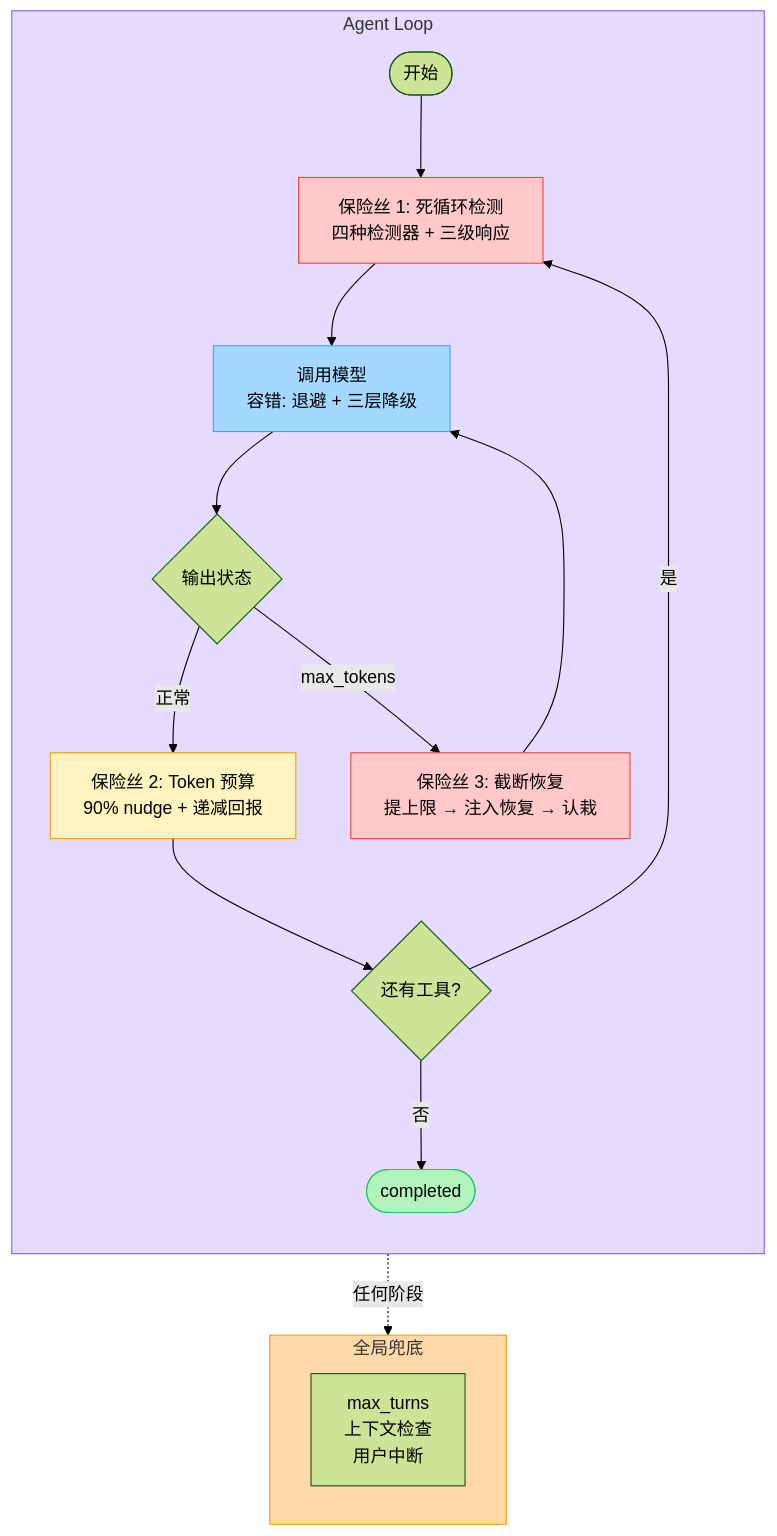
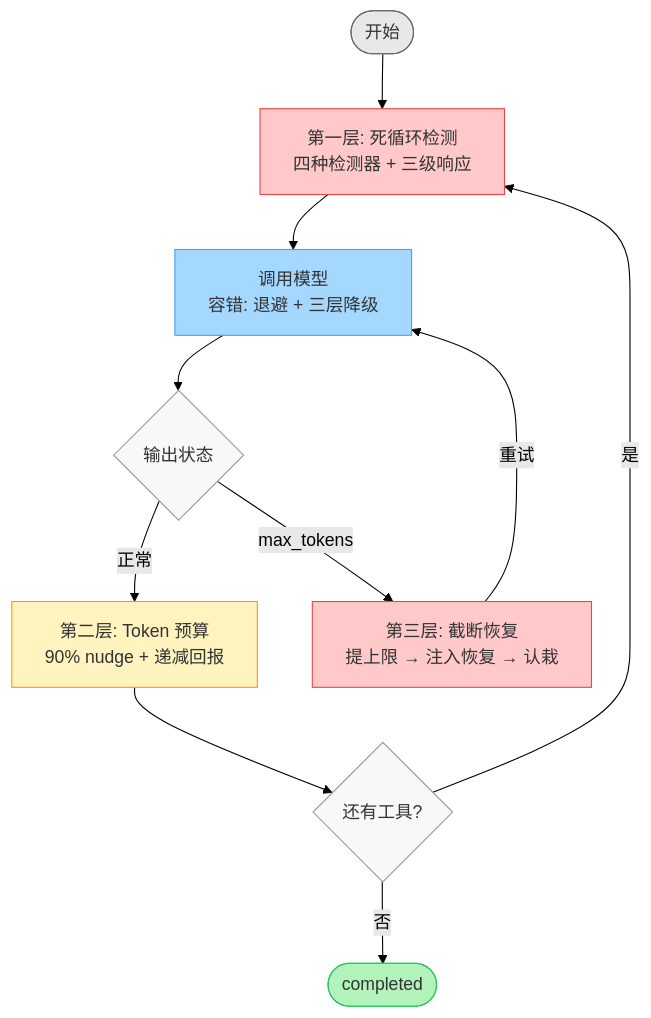
The fifth of 5 diagrams in source/Agent-Loop-深度分享.md (caosiwei97/agent-loop-demo), drawn with Mermaid (forest theme) before and after one commit. The commit also changed other lines of this file and 27 other files, not shown here.

````diff
--- a/source/Agent-Loop-深度分享.md
+++ b/source/Agent-Loop-深度分享.md
@@ -560,29 +572,21 @@
 ```mermaid
-graph TB
-    subgraph Loop["Agent Loop"]
-        direction TB
-        START([开始]) --> DETECT[保险丝 1: 死循环检测<br/>四种检测器 + 三级响应]
-        DETECT --> CALL[调用模型<br/>容错: 退避 + 三层降级]
-        CALL --> POST{输出状态}
-        POST -->|正常| BUDGET[保险丝 2: Token 预算<br/>90% nudge + 递减回报]
-        POST -->|max_tokens| TRUNC[保险丝 3: 截断恢复<br/>提上限 → 注入恢复 → 认栽]
-        BUDGET --> CHECK{还有工具?}
-        CHECK -->|是| DETECT
-        CHECK -->|否| DONE([completed])
-        TRUNC --> CALL
-    end
+flowchart TD
+    START([开始]) --> DETECT["第一层: 死循环检测<br/>四种检测器 + 三级响应"]
+    DETECT --> CALL["调用模型<br/>容错: 退避 + 三层降级"]
+    CALL --> POST{输出状态}
+    POST -->|正常| BUDGET["第二层: Token 预算<br/>90% nudge + 递减回报"]
+    POST -->|max_tokens| TRUNC["第三层: 截断恢复<br/>提上限 → 注入恢复 → 认栽"]
+    TRUNC -->|重试| CALL
+    BUDGET --> CHECK{还有工具?}
+    CHECK -->|是| DETECT
+    CHECK -->|否| DONE([completed])
 
-    subgraph Guard["全局兜底"]
-        MAX[max_turns<br/>上下文检查<br/>用户中断]
-    end
-
-    Loop -.->|任何阶段| Guard
-
-    style Loop fill:#e5dbff,stroke:#8b5cf6,opacity:30
-    style Guard fill:#ffd8a8,stroke:#f59e0b,opacity:30
-    style DETECT fill:#ffc9c9,stroke:#ef4444
-    style CALL fill:#a5d8ff,stroke:#4a9eed
-    style BUDGET fill:#fff3bf,stroke:#f59e0b
-    style TRUNC fill:#ffc9c9,stroke:#ef4444
-    style DONE fill:#b2f2bb,stroke:#22c55e
+    style START fill:#e8e8e8,stroke:#666,color:#333
+    style DETECT fill:#ffc9c9,stroke:#ef4444,color:#333
+    style CALL fill:#a5d8ff,stroke:#4a9eed,color:#333
+    style BUDGET fill:#fff3bf,stroke:#f59e0b,color:#333
+    style TRUNC fill:#ffc9c9,stroke:#ef4444,color:#333
+    style DONE fill:#b2f2bb,stroke:#22c55e,color:#333
+    style POST fill:#f8f8f8,stroke:#999,color:#333
+    style CHECK fill:#f8f8f8,stroke:#999,color:#333
 ```
````
